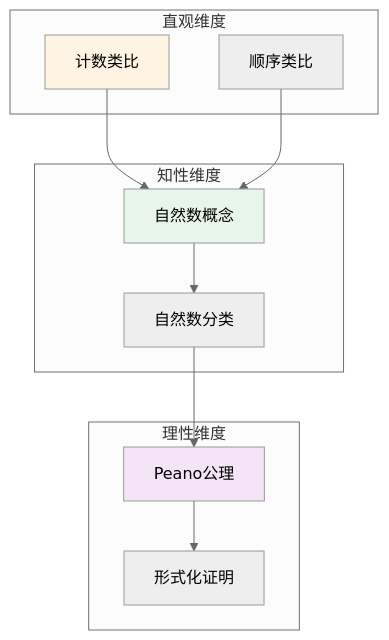
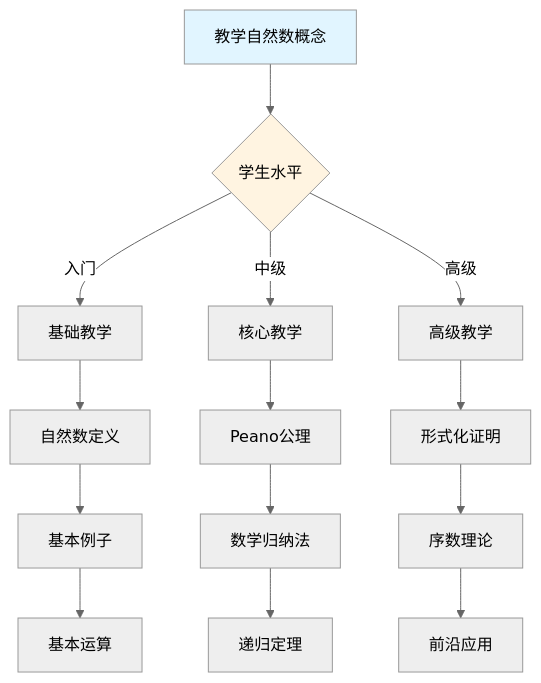
One commit to AdaMartin18010/FormalMath changed diagram 11 of 11 in concept/核心概念/03-自然数.md. Above: the diagram before and after it, drawn with Mermaid (neutral theme). The commit also changed other lines of this file and 4793 other files, not shown here.

````diff
--- a/concept/核心概念/03-自然数.md
+++ b/concept/核心概念/03-自然数.md
@@ -882,27 +3018,22 @@
 ```mermaid
-graph TB
-    subgraph 直观维度
-        A1[计数类比]
-        A2[顺序类比]
-    end
+graph TD
+    A[教学自然数概念] --> B{学生水平}
+    B -->|入门| C[基础教学]
+    B -->|中级| D[核心教学]
+    B -->|高级| E[高级教学]
 
-    subgraph 知性维度
-        B1[自然数概念]
-        B2[自然数分类]
-    end
+    C --> C1[自然数定义]
+    C1 --> C2[基本例子]
+    C2 --> C3[基本运算]
 
-    subgraph 理性维度
-        C1[Peano公理]
-        C2[形式化证明]
-    end
+    D --> D1[Peano公理]
+    D1 --> D2[数学归纳法]
+    D2 --> D3[递归定理]
 
-    A1 --> B1
-    A2 --> B1
-    B1 --> B2
-    B2 --> C1
-    C1 --> C2
+    E --> E1[形式化证明]
+    E1 --> E2[序数理论]
+    E2 --> E3[前沿应用]
 
-    style A1 fill:#fff4e1
-    style B1 fill:#e8f5e9
-    style C1 fill:#f3e5f5
+    style A fill:#e1f5ff
+    style B fill:#fff4e1
 ```
````
